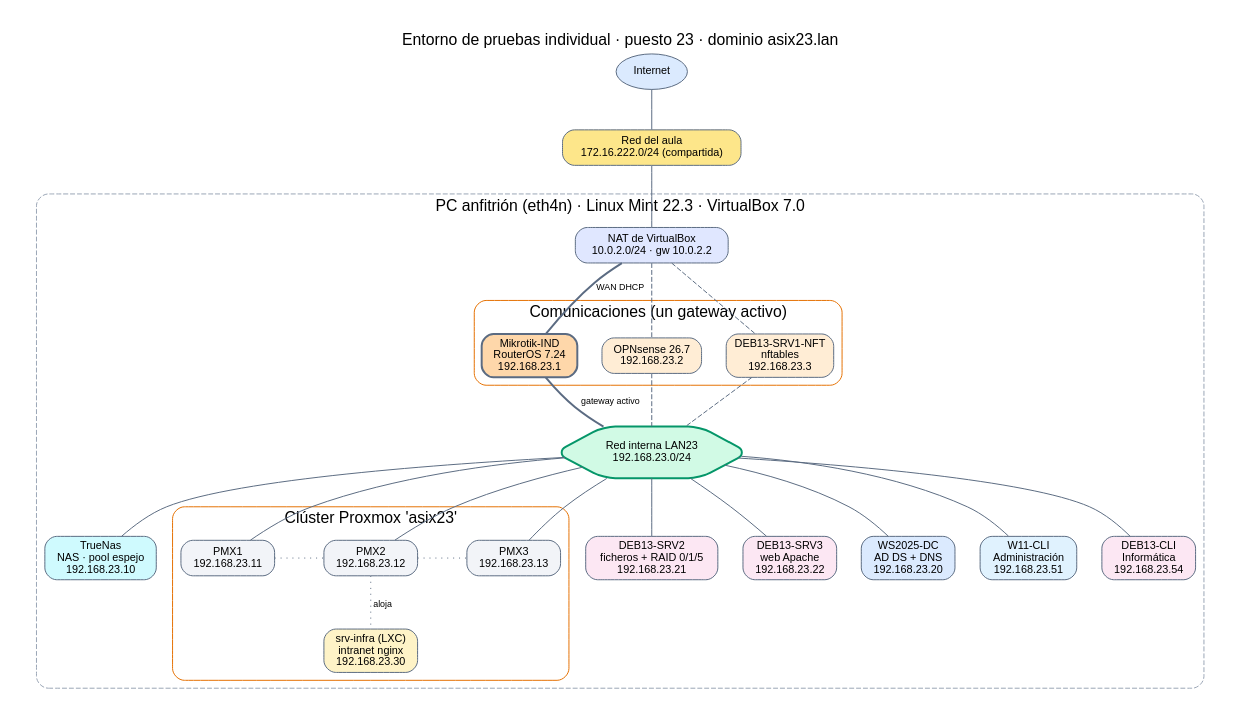
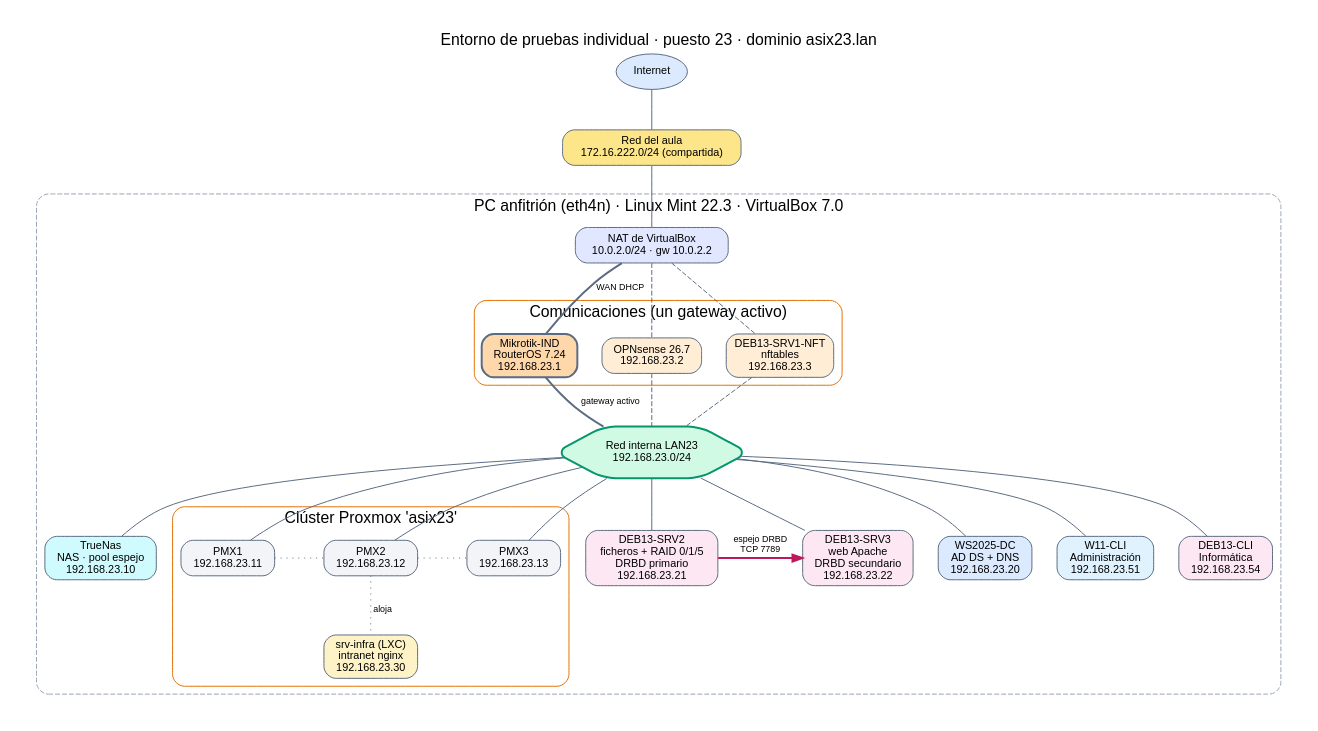
One commit to ethan3232/iso-naix-un-sistema-individual changed the diagram in diagrames/esquema-red.dot. Above: the diagram before and after it, drawn with Graphviz. The commit also changed 32 other files, not shown here.

Commit message:
Tasca 7 completa (cada VM, carga, capacidad, virtio y caché del host) · Tasca 6 Apte+: espejo por red con DRBD probado con caída del servidor · README con guía de evaluación, diagrama y progreso actualizados

```diff
--- a/diagrames/esquema-red.dot
+++ b/diagrames/esquema-red.dot
@@ -1,36 +1,37 @@
 // Esquema de red del entorno individual — LAN23 192.168.23.0/24
 // Exportar: dot -Tpng esquema-red.dot -o esquema-red.png ; dot -Tsvg esquema-red.dot -o esquema-red.svg
 digraph LAN23 {
   graph [rankdir=TB, fontname="Helvetica", fontsize=12, bgcolor="white", pad=0.3, nodesep=0.35, ranksep=0.55,
          label="Entorno de pruebas individual · puesto 23 · dominio asix23.lan", labelloc=t, fontsize=16];
   node  [shape=box, style="rounded,filled", fontname="Helvetica", fontsize=11, fillcolor="#f2f4f8", color="#5b6b82"];
   edge  [color="#5b6b82", arrowhead=none, fontname="Helvetica", fontsize=9];
 
   inet [label="Internet", shape=ellipse, fillcolor="#dbeafe"];
   aula [label="Red del aula\n172.16.222.0/24 (compartida)", fillcolor="#fde68a"];
   subgraph cluster_host { label="PC anfitrión (eth4n) · Linux Mint 22.3 · VirtualBox 7.0"; style="rounded,dashed"; color="#9aa5b5";
     nat [label="NAT de VirtualBox\n10.0.2.0/24 · gw 10.0.2.2", fillcolor="#e0e7ff"];
     subgraph cluster_com { label="Comunicaciones (un gateway activo)"; style=rounded; color="#e57000";
       mk  [label="Mikrotik-IND\nRouterOS 7.24\n192.168.23.1", fillcolor="#fed7aa", penwidth=2];
       opn [label="OPNsense 26.7\n192.168.23.2", fillcolor="#ffedd5"];
       deb [label="DEB13-SRV1-NFT\nnftables\n192.168.23.3", fillcolor="#ffedd5"];
     }
     sw [label="Red interna LAN23\n192.168.23.0/24", shape=hexagon, fillcolor="#d1fae5", color="#059669", penwidth=2];
     nas [label="TrueNas\nNAS · pool espejo\n192.168.23.10", fillcolor="#cffafe"];
     subgraph cluster_pve { label="Clúster Proxmox 'asix23'"; style=rounded; color="#e57000";
       p1 [label="PMX1\n192.168.23.11"]; p2 [label="PMX2\n192.168.23.12"]; p3 [label="PMX3\n192.168.23.13"];
       ct [label="srv-infra (LXC)\nintranet nginx\n192.168.23.30", fillcolor="#fef3c7"];
     }
-    s2  [label="DEB13-SRV2\nficheros + RAID 0/1/5\n192.168.23.21", fillcolor="#fce7f3"];
-    s3  [label="DEB13-SRV3\nweb Apache\n192.168.23.22", fillcolor="#fce7f3"];
+    s2  [label="DEB13-SRV2\nficheros + RAID 0/1/5\nDRBD primario\n192.168.23.21", fillcolor="#fce7f3"];
+    s3  [label="DEB13-SRV3\nweb Apache\nDRBD secundario\n192.168.23.22", fillcolor="#fce7f3"];
     dc  [label="WS2025-DC\nAD DS + DNS\n192.168.23.20", fillcolor="#dbeafe"];
     w11 [label="W11-CLI\nAdministración\n192.168.23.51", fillcolor="#e0f2fe"];
     dcl [label="DEB13-CLI\nInformática\n192.168.23.54", fillcolor="#fce7f3"];
   }
   inet -> aula -> nat;
   nat -> mk [label=" WAN DHCP", penwidth=2]; nat -> opn [style=dashed]; nat -> deb [style=dashed];
   mk -> sw [penwidth=2, label=" gateway activo"]; opn -> sw [style=dashed]; deb -> sw [style=dashed];
   sw -> nas; sw -> p1; sw -> p2; sw -> p3; sw -> dc; sw -> w11; sw -> dcl; sw -> s2; sw -> s3;
   p2 -> ct [style=dotted, label=" aloja"];
+  s2 -> s3 [dir=forward, arrowhead=normal, arrowtail=none, color="#be185d", penwidth=2, constraint=false, label=" espejo DRBD\n TCP 7789"];
   p1 -> p2 [style=dotted, constraint=false]; p2 -> p3 [style=dotted, constraint=false];
 }
```
